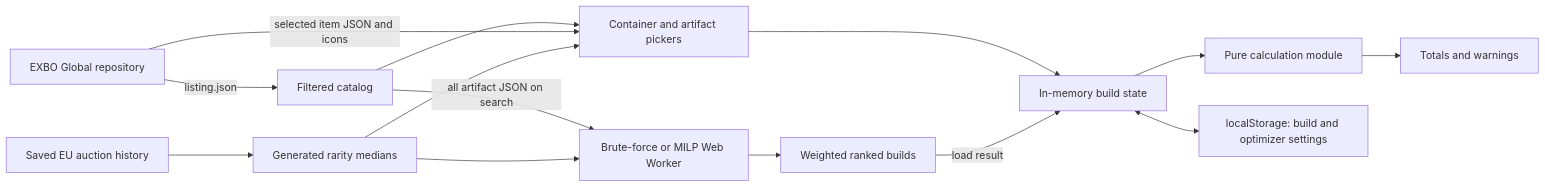
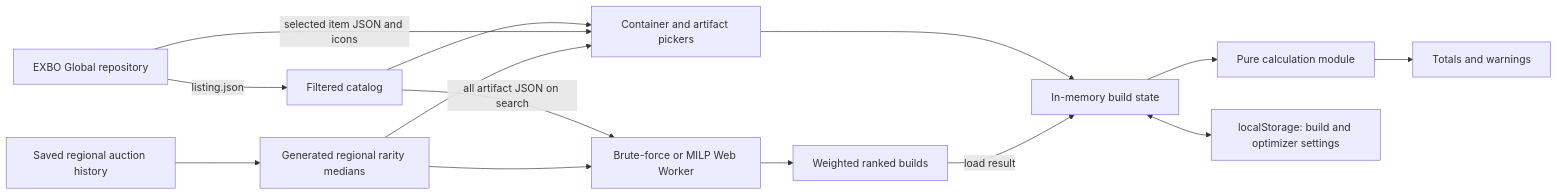
The diagram in docs/architecture.md (mzmrk/stalzone-field-kit), drawn with Mermaid before and after one commit. The commit also changed other lines of this file and 16 other files, not shown here.

````diff
--- a/docs/architecture.md
+++ b/docs/architecture.md
@@ -20,16 +20,16 @@
 ```mermaid
 flowchart LR
     EXBO["EXBO Global repository"] -->|listing.json| Catalog["Filtered catalog"]
-    Snapshot["Saved EU auction history"] --> PriceIndex["Generated rarity medians"]
+    Snapshot["Saved regional auction history"] --> PriceIndex["Generated regional rarity medians"]
     Catalog --> Picker["Container and artifact pickers"]
     EXBO -->|selected item JSON and icons| Picker
     PriceIndex --> Picker
     Picker --> Build["In-memory build state"]
     Build --> Calculator["Pure calculation module"]
     Calculator --> Results["Totals and warnings"]
     Build <--> Storage["localStorage: build and optimizer settings"]
     Catalog -->|all artifact JSON on search| Optimizer["Brute-force or MILP Web Worker"]
     PriceIndex --> Optimizer
     Optimizer --> Ranked["Weighted ranked builds"]
     Ranked -->|load result| Build
 ```
````
